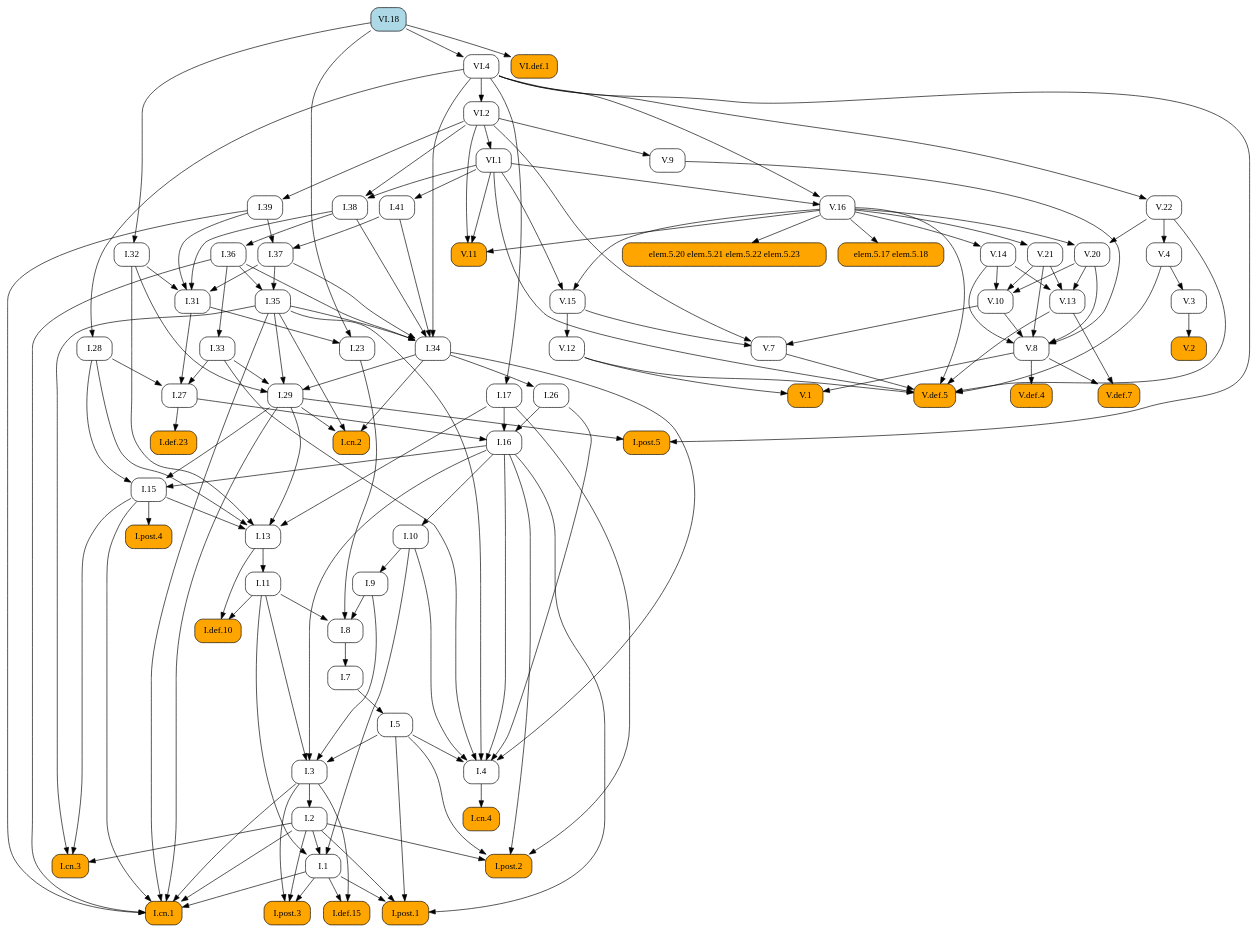
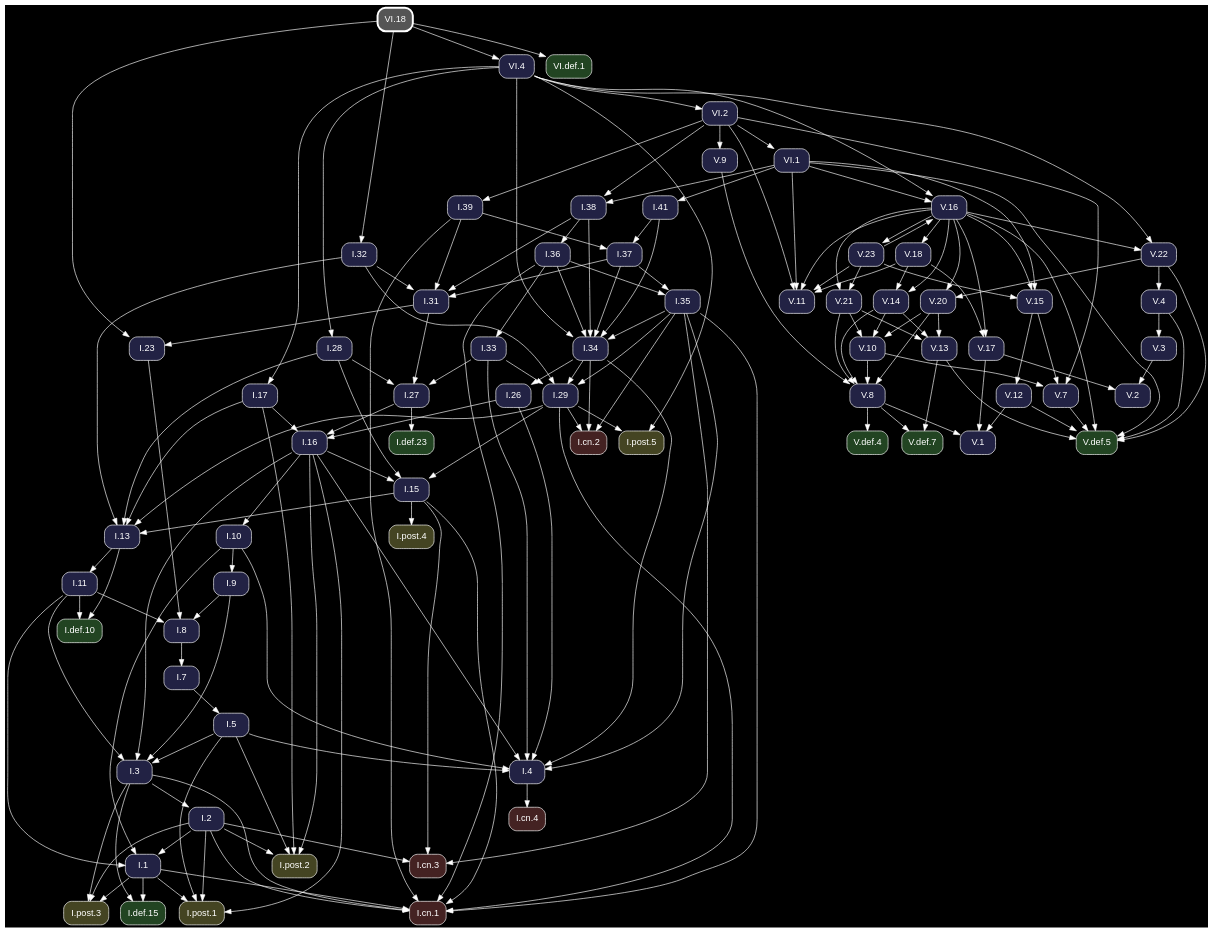
Before and after one commit to geometor/elements: the diagram in docsrc/heath/VI/18/index.rst, drawn with Graphviz. The commit also changed other lines of this file and 1200 other files, not shown here.

Commit message:
update dependency graphs

```diff
--- a/docsrc/heath/VI/18/index.rst
+++ b/docsrc/heath/VI/18/index.rst
@@ -84,186 +84,83 @@
 .. graphviz::
 
    digraph {
+     bgcolor="black";
+     node [shape=box, style="rounded,filled", fontname="Helvetica", color="white", fontcolor="white"];
+     edge [color="white", fontcolor="white"];
      rankdir="TB";
-     node [shape=box, style=rounded];
-     "I.23" [URL="/heath/I/23/", target="_top"];
-     "I.9" [URL="/heath/I/9/", target="_top"];
-     "VI.def.1" [style="rounded,filled", fillcolor=orange, URL="/heath/VI/def.1/", target="_top"];
-     "V.13" [URL="/heath/V/13/", target="_top"];
-     "I.def.15" [style="rounded,filled", fillcolor=orange, URL="/heath/I/def.15/", target="_top"];
-     "V.7" [URL="/heath/V/7/", target="_top"];
-     "elem.5.17 elem.5.18" [style="rounded,filled", fillcolor=orange];
-     "I.post.1" [style="rounded,filled", fillcolor=orange, URL="/heath/I/post.1/", target="_top"];
-     "V.14" [URL="/heath/V/14/", target="_top"];
-     "V.9" [URL="/heath/V/9/", target="_top"];
-     "I.31" [URL="/heath/I/31/", target="_top"];
-     "I.def.10" [style="rounded,filled", fillcolor=orange, URL="/heath/I/def.10/", target="_top"];
-     "V.10" [URL="/heath/V/10/", target="_top"];
-     "V.4" [URL="/heath/V/4/", target="_top"];
-     "VI.1" [URL="/heath/VI/1/", target="_top"];
-     "I.39" [URL="/heath/I/39/", target="_top"];
-     "V.11" [style="rounded,filled", fillcolor=orange, URL="/heath/V/11/", target="_top"];
-     "I.34" [URL="/heath/I/34/", target="_top"];
-     "I.3" [URL="/heath/I/3/", target="_top"];
-     "V.def.4" [style="rounded,filled", fillcolor=orange, URL="/heath/V/def.4/", target="_top"];
-     "V.def.7" [style="rounded,filled", fillcolor=orange, URL="/heath/V/def.7/", target="_top"];
-     "V.21" [URL="/heath/V/21/", target="_top"];
-     "I.2" [URL="/heath/I/2/", target="_top"];
-     "V.3" [URL="/heath/V/3/", target="_top"];
-     "I.13" [URL="/heath/I/13/", target="_top"];
-     "I.post.4" [style="rounded,filled", fillcolor=orange, URL="/heath/I/post.4/", target="_top"];
-     "I.4" [URL="/heath/I/4/", target="_top"];
-     "I.1" [URL="/heath/I/1/", target="_top"];
-     "I.17" [URL="/heath/I/17/", target="_top"];
-     "I.8" [URL="/heath/I/8/", target="_top"];
-     "I.29" [URL="/heath/I/29/", target="_top"];
-     "I.38" [URL="/heath/I/38/", target="_top"];
-     "V.8" [URL="/heath/V/8/", target="_top"];
-     "I.15" [URL="/heath/I/15/", target="_top"];
-     "I.10" [URL="/heath/I/10/", target="_top"];
-     "I.11" [URL="/heath/I/11/", target="_top"];
-     "I.def.23" [style="rounded,filled", fillcolor=orange, URL="/heath/I/def.23/", target="_top"];
-     "VI.4" [URL="/heath/VI/4/", target="_top"];
-     "I.26" [URL="/heath/I/26/", target="_top"];
-     "V.16" [URL="/heath/V/16/", target="_top"];
-     "I.33" [URL="/heath/I/33/", target="_top"];
-     "I.32" [URL="/heath/I/32/", target="_top"];
-     "I.post.3" [style="rounded,filled", fillcolor=orange, URL="/heath/I/post.3/", target="_top"];
-     "V.def.5" [style="rounded,filled", fillcolor=orange, URL="/heath/V/def.5/", target="_top"];
-     "I.27" [URL="/heath/I/27/", target="_top"];
-     "V.20" [URL="/heath/V/20/", target="_top"];
-     "V.12" [URL="/heath/V/12/", target="_top"];
-     "V.2" [style="rounded,filled", fillcolor=orange, URL="/heath/V/2/", target="_top"];
-     "I.cn.1" [style="rounded,filled", fillcolor=orange, URL="/heath/I/cn.1/", target="_top"];
-     "I.35" [URL="/heath/I/35/", target="_top"];
-     "I.7" [URL="/heath/I/7/", target="_top"];
-     "I.36" [URL="/heath/I/36/", target="_top"];
-     "I.5" [URL="/heath/I/5/", target="_top"];
-     "I.37" [URL="/heath/I/37/", target="_top"];
-     "I.cn.3" [style="rounded,filled", fillcolor=orange, URL="/heath/I/cn.3/", target="_top"];
-     "I.16" [URL="/heath/I/16/", target="_top"];
-     "VI.18" [style="rounded,filled", fillcolor=lightblue, URL="/heath/VI/18/", target="_top"];
-     "V.22" [URL="/heath/V/22/", target="_top"];
-     "V.1" [style="rounded,filled", fillcolor=orange, URL="/heath/V/1/", target="_top"];
-     "I.cn.2" [style="rounded,filled", fillcolor=orange, URL="/heath/I/cn.2/", target="_top"];
-     "I.post.5" [style="rounded,filled", fillcolor=orange, URL="/heath/I/post.5/", target="_top"];
-     "I.28" [URL="/heath/I/28/", target="_top"];
-     "VI.2" [URL="/heath/VI/2/", target="_top"];
-     "I.cn.4" [style="rounded,filled", fillcolor=orange, URL="/heath/I/cn.4/", target="_top"];
-     "I.post.2" [style="rounded,filled", fillcolor=orange, URL="/heath/I/post.2/", target="_top"];
-     "V.15" [URL="/heath/V/15/", target="_top"];
-     "I.41" [URL="/heath/I/41/", target="_top"];
-     "elem.5.20 elem.5.21 elem.5.22 elem.5.23" [style="rounded,filled", fillcolor=orange];
-     "I.31" -> "I.23";
-     "VI.18" -> "I.23";
-     "I.10" -> "I.9";
-     "VI.18" -> "VI.def.1";
-     "V.14" -> "V.13";
-     "V.20" -> "V.13";
-     "V.21" -> "V.13";
-     "I.1" -> "I.def.15";
-     "I.3" -> "I.def.15";
-     "V.10" -> "V.7";
-     "V.15" -> "V.7";
-     "VI.2" -> "V.7";
-     "V.16" -> "elem.5.17 elem.5.18";
-     "I.1" -> "I.post.1";
-     "I.2" -> "I.post.1";
-     "I.5" -> "I.post.1";
-     "I.16" -> "I.post.1";
-     "V.16" -> "V.14";
-     "VI.2" -> "V.9";
-     "I.32" -> "I.31";
-     "I.37" -> "I.31";
-     "I.38" -> "I.31";
-     "I.39" -> "I.31";
-     "I.11" -> "I.def.10";
-     "I.13" -> "I.def.10";
-     "V.14" -> "V.10";
-     "V.20" -> "V.10";
-     "V.21" -> "V.10";
-     "V.22" -> "V.4";
-     "VI.2" -> "VI.1";
-     "VI.2" -> "I.39";
-     "V.16" -> "V.11";
-     "VI.1" -> "V.11";
-     "VI.2" -> "V.11";
-     "I.35" -> "I.34";
-     "I.36" -> "I.34";
-     "I.37" -> "I.34";
-     "I.38" -> "I.34";
-     "I.41" -> "I.34";
-     "VI.4" -> "I.34";
-     "I.5" -> "I.3";
-     "I.9" -> "I.3";
-     "I.11" -> "I.3";
-     "I.16" -> "I.3";
-     "V.8" -> "V.def.4";
-     "V.8" -> "V.def.7";
-     "V.13" -> "V.def.7";
-     "V.16" -> "V.21";
-     "I.3" -> "I.2";
-     "V.4" -> "V.3";
-     "I.15" -> "I.13";
-     "I.17" -> "I.13";
-     "I.28" -> "I.13";
-     "I.29" -> "I.13";
-     "I.32" -> "I.13";
-     "I.15" -> "I.post.4";
-     "I.5" -> "I.4";
-     "I.10" -> "I.4";
-     "I.16" -> "I.4";
-     "I.26" -> "I.4";
-     "I.33" -> "I.4";
-     "I.34" -> "I.4";
-     "I.35" -> "I.4";
-     "I.2" -> "I.1";
-     "I.10" -> "I.1";
-     "I.11" -> "I.1";
-     "VI.4" -> "I.17";
-     "I.9" -> "I.8";
-     "I.11" -> "I.8";
-     "I.23" -> "I.8";
-     "I.32" -> "I.29";
-     "I.33" -> "I.29";
-     "I.34" -> "I.29";
-     "I.35" -> "I.29";
-     "VI.1" -> "I.38";
-     "VI.2" -> "I.38";
-     "V.9" -> "V.8";
-     "V.10" -> "V.8";
-     "V.14" -> "V.8";
-     "V.20" -> "V.8";
-     "V.21" -> "V.8";
-     "I.16" -> "I.15";
-     "I.28" -> "I.15";
-     "I.29" -> "I.15";
-     "I.16" -> "I.10";
-     "I.13" -> "I.11";
-     "I.27" -> "I.def.23";
-     "VI.18" -> "VI.4";
-     "I.34" -> "I.26";
-     "VI.1" -> "V.16";
-     "VI.4" -> "V.16";
-     "I.36" -> "I.33";
+     "V.15" [fillcolor="#222244", URL="/heath/V/15/", target="_top"];
+     "I.32" [fillcolor="#222244", URL="/heath/I/32/", target="_top"];
+     "I.cn.1" [fillcolor="#442222", URL="/heath/I/cn.1/", target="_top"];
+     "V.18" [fillcolor="#222244", URL="/heath/V/18/", target="_top"];
+     "V.14" [fillcolor="#222244", URL="/heath/V/14/", target="_top"];
+     "I.28" [fillcolor="#222244", URL="/heath/I/28/", target="_top"];
+     "I.27" [fillcolor="#222244", URL="/heath/I/27/", target="_top"];
+     "V.23" [fillcolor="#222244", URL="/heath/V/23/", target="_top"];
+     "I.2" [fillcolor="#222244", URL="/heath/I/2/", target="_top"];
+     "I.41" [fillcolor="#222244", URL="/heath/I/41/", target="_top"];
+     "I.post.4" [fillcolor="#444422", URL="/heath/I/post.4/", target="_top"];
+     "I.26" [fillcolor="#222244", URL="/heath/I/26/", target="_top"];
+     "I.8" [fillcolor="#222244", URL="/heath/I/8/", target="_top"];
+     "V.4" [fillcolor="#222244", URL="/heath/V/4/", target="_top"];
+     "V.16" [fillcolor="#222244", URL="/heath/V/16/", target="_top"];
+     "VI.2" [fillcolor="#222244", URL="/heath/VI/2/", target="_top"];
+     "I.7" [fillcolor="#222244", URL="/heath/I/7/", target="_top"];
+     "I.5" [fillcolor="#222244", URL="/heath/I/5/", target="_top"];
+     "V.11" [fillcolor="#222244", URL="/heath/V/11/", target="_top"];
+     "V.def.4" [fillcolor="#224422", URL="/heath/V/def.4/", target="_top"];
+     "V.20" [fillcolor="#222244", URL="/heath/V/20/", target="_top"];
+     "I.11" [fillcolor="#222244", URL="/heath/I/11/", target="_top"];
+     "I.37" [fillcolor="#222244", URL="/heath/I/37/", target="_top"];
+     "I.cn.3" [fillcolor="#442222", URL="/heath/I/cn.3/", target="_top"];
+     "I.36" [fillcolor="#222244", URL="/heath/I/36/", target="_top"];
+     "I.38" [fillcolor="#222244", URL="/heath/I/38/", target="_top"];
+     "I.post.2" [fillcolor="#444422", URL="/heath/I/post.2/", target="_top"];
+     "I.def.23" [fillcolor="#224422", URL="/heath/I/def.23/", target="_top"];
+     "I.35" [fillcolor="#222244", URL="/heath/I/35/", target="_top"];
+     "I.post.3" [fillcolor="#444422", URL="/heath/I/post.3/", target="_top"];
+     "V.13" [fillcolor="#222244", URL="/heath/V/13/", target="_top"];
+     "V.8" [fillcolor="#222244", URL="/heath/V/8/", target="_top"];
+     "I.33" [fillcolor="#222244", URL="/heath/I/33/", target="_top"];
+     "V.10" [fillcolor="#222244", URL="/heath/V/10/", target="_top"];
+     "I.17" [fillcolor="#222244", URL="/heath/I/17/", target="_top"];
+     "V.def.5" [fillcolor="#224422", URL="/heath/V/def.5/", target="_top"];
+     "V.22" [fillcolor="#222244", URL="/heath/V/22/", target="_top"];
+     "I.31" [fillcolor="#222244", URL="/heath/I/31/", target="_top"];
+     "I.3" [fillcolor="#222244", URL="/heath/I/3/", target="_top"];
+     "V.12" [fillcolor="#222244", URL="/heath/V/12/", target="_top"];
+     "I.def.10" [fillcolor="#224422", URL="/heath/I/def.10/", target="_top"];
+     "I.15" [fillcolor="#222244", URL="/heath/I/15/", target="_top"];
+     "I.39" [fillcolor="#222244", URL="/heath/I/39/", target="_top"];
+     "I.13" [fillcolor="#222244", URL="/heath/I/13/", target="_top"];
+     "VI.18" [penwidth=3, color="white", fillcolor="#555555", URL="/heath/VI/18/", target="_top"];
+     "I.cn.2" [fillcolor="#442222", URL="/heath/I/cn.2/", target="_top"];
+     "I.9" [fillcolor="#222244", URL="/heath/I/9/", target="_top"];
+     "VI.def.1" [fillcolor="#224422", URL="/heath/VI/def.1/", target="_top"];
+     "I.1" [fillcolor="#222244", URL="/heath/I/1/", target="_top"];
+     "I.post.5" [fillcolor="#444422", URL="/heath/I/post.5/", target="_top"];
+     "I.23" [fillcolor="#222244", URL="/heath/I/23/", target="_top"];
+     "I.4" [fillcolor="#222244", URL="/heath/I/4/", target="_top"];
+     "VI.4" [fillcolor="#222244", URL="/heath/VI/4/", target="_top"];
+     "V.7" [fillcolor="#222244", URL="/heath/V/7/", target="_top"];
+     "V.9" [fillcolor="#222244", URL="/heath/V/9/", target="_top"];
+     "VI.1" [fillcolor="#222244", URL="/heath/VI/1/", target="_top"];
+     "I.10" [fillcolor="#222244", URL="/heath/I/10/", target="_top"];
+     "V.def.7" [fillcolor="#224422", URL="/heath/V/def.7/", target="_top"];
+     "I.post.1" [fillcolor="#444422", URL="/heath/I/post.1/", target="_top"];
+     "I.16" [fillcolor="#222244", URL="/heath/I/16/", target="_top"];
+     "I.29" [fillcolor="#222244", URL="/heath/I/29/", target="_top"];
+     "I.cn.4" [fillcolor="#442222", URL="/heath/I/cn.4/", target="_top"];
+     "V.2" [fillcolor="#222244", URL="/heath/V/2/", target="_top"];
+     "V.1" [fillcolor="#222244", URL="/heath/V/1/", target="_top"];
+     "V.21" [fillcolor="#222244", URL="/heath/V/21/", target="_top"];
+     "I.34" [fillcolor="#222244", URL="/heath/I/34/", target="_top"];
+     "I.def.15" [fillcolor="#224422", URL="/heath/I/def.15/", target="_top"];
+     "V.3" [fillcolor="#222244", URL="/heath/V/3/", target="_top"];
+     "V.17" [fillcolor="#222244", URL="/heath/V/17/", target="_top"];
+     "V.16" -> "V.15";
+     "V.23" -> "V.15";
+     "VI.1" -> "V.15";
      "VI.18" -> "I.32";
-     "I.1" -> "I.post.3";
-     "I.2" -> "I.post.3";
-     "I.3" -> "I.post.3";
-     "V.4" -> "V.def.5";
-     "V.7" -> "V.def.5";
-     "V.12" -> "V.def.5";
-     "V.13" -> "V.def.5";
-     "V.16" -> "V.def.5";
-     "V.22" -> "V.def.5";
-     "VI.1" -> "V.def.5";
-     "I.28" -> "I.27";
-     "I.31" -> "I.27";
-     "I.33" -> "I.27";
-     "V.16" -> "V.20";
-     "V.22" -> "V.20";
-     "V.15" -> "V.12";
-     "V.3" -> "V.2";
      "I.1" -> "I.cn.1";
      "I.2" -> "I.cn.1";
      "I.3" -> "I.cn.1";
@@ -272,36 +169,153 @@
      "I.35" -> "I.cn.1";
      "I.36" -> "I.cn.1";
      "I.39" -> "I.cn.1";
-     "I.36" -> "I.35";
-     "I.37" -> "I.35";
+     "V.16" -> "V.18";
+     "V.16" -> "V.14";
+     "V.18" -> "V.14";
+     "VI.4" -> "I.28";
+     "I.28" -> "I.27";
+     "I.31" -> "I.27";
+     "I.33" -> "I.27";
+     "V.16" -> "V.23";
+     "I.3" -> "I.2";
+     "VI.1" -> "I.41";
+     "I.15" -> "I.post.4";
+     "I.34" -> "I.26";
+     "I.9" -> "I.8";
+     "I.11" -> "I.8";
+     "I.23" -> "I.8";
+     "V.22" -> "V.4";
+     "V.23" -> "V.16";
+     "VI.1" -> "V.16";
+     "VI.4" -> "V.16";
+     "VI.4" -> "VI.2";
      "I.8" -> "I.7";
-     "I.38" -> "I.36";
      "I.7" -> "I.5";
+     "V.16" -> "V.11";
+     "V.18" -> "V.11";
+     "V.23" -> "V.11";
+     "VI.1" -> "V.11";
+     "VI.2" -> "V.11";
+     "V.8" -> "V.def.4";
+     "V.16" -> "V.20";
+     "V.22" -> "V.20";
+     "I.13" -> "I.11";
      "I.39" -> "I.37";
      "I.41" -> "I.37";
      "I.2" -> "I.cn.3";
      "I.15" -> "I.cn.3";
      "I.35" -> "I.cn.3";
-     "I.17" -> "I.16";
-     "I.26" -> "I.16";
-     "I.27" -> "I.16";
-     "VI.4" -> "V.22";
-     "V.8" -> "V.1";
-     "V.12" -> "V.1";
-     "I.29" -> "I.cn.2";
-     "I.34" -> "I.cn.2";
-     "I.35" -> "I.cn.2";
-     "I.29" -> "I.post.5";
-     "VI.4" -> "I.post.5";
-     "VI.4" -> "I.28";
-     "VI.4" -> "VI.2";
-     "I.4" -> "I.cn.4";
+     "I.38" -> "I.36";
+     "VI.1" -> "I.38";
+     "VI.2" -> "I.38";
      "I.2" -> "I.post.2";
      "I.5" -> "I.post.2";
      "I.16" -> "I.post.2";
      "I.17" -> "I.post.2";
-     "V.16" -> "V.15";
-     "VI.1" -> "V.15";
-     "VI.1" -> "I.41";
-     "V.16" -> "elem.5.20 elem.5.21 elem.5.22 elem.5.23";
+     "I.27" -> "I.def.23";
+     "I.36" -> "I.35";
+     "I.37" -> "I.35";
+     "I.1" -> "I.post.3";
+     "I.2" -> "I.post.3";
+     "I.3" -> "I.post.3";
+     "V.14" -> "V.13";
+     "V.20" -> "V.13";
+     "V.21" -> "V.13";
+     "V.9" -> "V.8";
+     "V.10" -> "V.8";
+     "V.14" -> "V.8";
+     "V.20" -> "V.8";
+     "V.21" -> "V.8";
+     "I.36" -> "I.33";
+     "V.14" -> "V.10";
+     "V.20" -> "V.10";
+     "V.21" -> "V.10";
+     "VI.4" -> "I.17";
+     "V.4" -> "V.def.5";
+     "V.7" -> "V.def.5";
+     "V.12" -> "V.def.5";
+     "V.13" -> "V.def.5";
+     "V.16" -> "V.def.5";
+     "V.22" -> "V.def.5";
+     "VI.1" -> "V.def.5";
+     "V.16" -> "V.22";
+     "VI.4" -> "V.22";
+     "I.32" -> "I.31";
+     "I.37" -> "I.31";
+     "I.38" -> "I.31";
+     "I.39" -> "I.31";
+     "I.5" -> "I.3";
+     "I.9" -> "I.3";
+     "I.11" -> "I.3";
+     "I.16" -> "I.3";
+     "V.15" -> "V.12";
+     "I.11" -> "I.def.10";
+     "I.13" -> "I.def.10";
+     "I.16" -> "I.15";
+     "I.28" -> "I.15";
+     "I.29" -> "I.15";
+     "VI.2" -> "I.39";
+     "I.15" -> "I.13";
+     "I.17" -> "I.13";
+     "I.28" -> "I.13";
+     "I.29" -> "I.13";
+     "I.32" -> "I.13";
+     "I.29" -> "I.cn.2";
+     "I.34" -> "I.cn.2";
+     "I.35" -> "I.cn.2";
+     "I.10" -> "I.9";
+     "VI.18" -> "VI.def.1";
+     "I.2" -> "I.1";
+     "I.10" -> "I.1";
+     "I.11" -> "I.1";
+     "I.29" -> "I.post.5";
+     "VI.4" -> "I.post.5";
+     "I.31" -> "I.23";
+     "VI.18" -> "I.23";
+     "I.5" -> "I.4";
+     "I.10" -> "I.4";
+     "I.16" -> "I.4";
+     "I.26" -> "I.4";
+     "I.33" -> "I.4";
+     "I.34" -> "I.4";
+     "I.35" -> "I.4";
+     "VI.18" -> "VI.4";
+     "V.10" -> "V.7";
+     "V.15" -> "V.7";
+     "VI.2" -> "V.7";
+     "VI.2" -> "V.9";
+     "VI.2" -> "VI.1";
+     "I.16" -> "I.10";
+     "V.8" -> "V.def.7";
+     "V.13" -> "V.def.7";
+     "I.1" -> "I.post.1";
+     "I.2" -> "I.post.1";
+     "I.5" -> "I.post.1";
+     "I.16" -> "I.post.1";
+     "I.17" -> "I.16";
+     "I.26" -> "I.16";
+     "I.27" -> "I.16";
+     "I.32" -> "I.29";
+     "I.33" -> "I.29";
+     "I.34" -> "I.29";
+     "I.35" -> "I.29";
+     "I.4" -> "I.cn.4";
+     "V.3" -> "V.2";
+     "V.17" -> "V.2";
+     "V.8" -> "V.1";
+     "V.12" -> "V.1";
+     "V.17" -> "V.1";
+     "V.16" -> "V.21";
+     "V.23" -> "V.21";
+     "I.35" -> "I.34";
+     "I.36" -> "I.34";
+     "I.37" -> "I.34";
+     "I.38" -> "I.34";
+     "I.41" -> "I.34";
+     "VI.4" -> "I.34";
+     "I.1" -> "I.def.15";
+     "I.3" -> "I.def.15";
+     "V.4" -> "V.3";
+     "V.16" -> "V.17";
+     "V.18" -> "V.17";
    }
```
